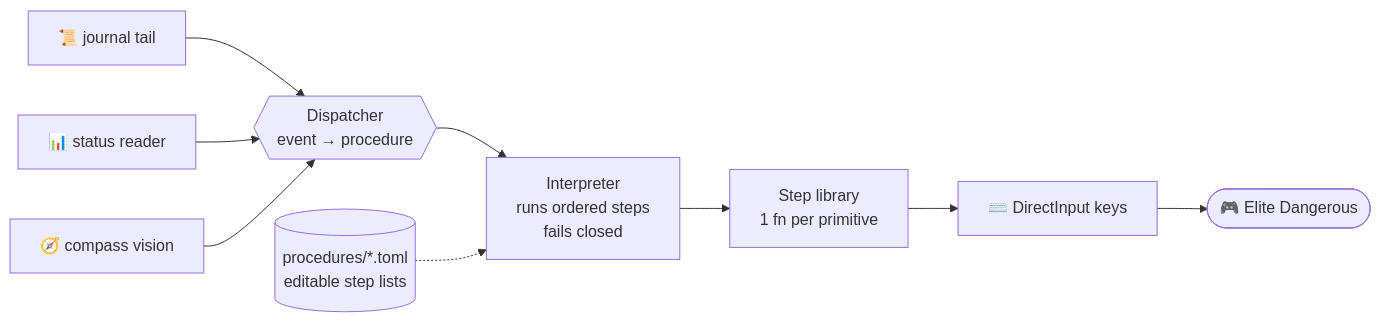
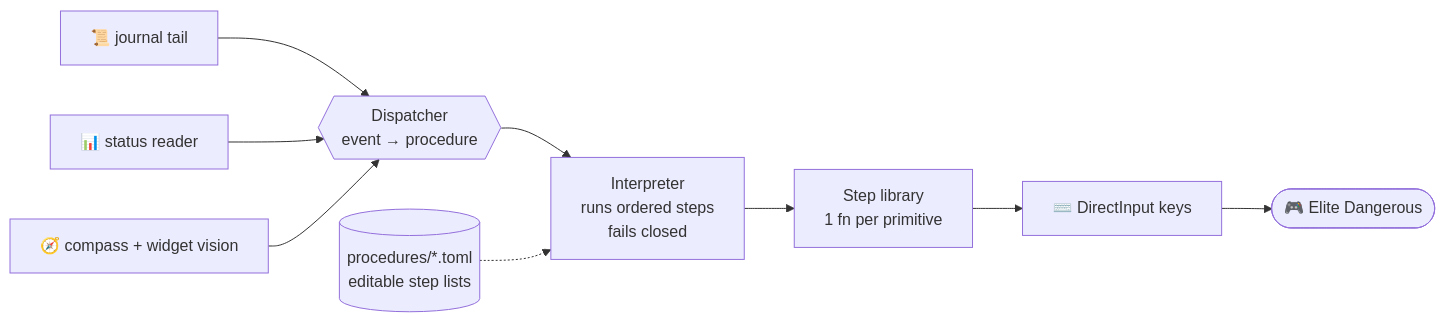
One commit to Quadstronaut/ED-AFK changed the diagram in README.md. Above: the diagram before and after it, drawn with Mermaid. The commit also changed other lines of this file and 1 other file, not shown here.

````diff
--- a/README.md
+++ b/README.md
@@ -45,10 +87,10 @@
 ```mermaid
 flowchart LR
     J[📜 journal tail] --> D
     S[📊 status reader] --> D
-    C[🧭 compass vision] --> D
+    C[🧭 compass + widget vision] --> D
     D{{Dispatcher\nevent → procedure}} --> I
     I[Interpreter\nruns ordered steps\nfails closed] --> L[Step library\n1 fn per primitive]
     L --> K[⌨️ DirectInput keys] --> G([🎮 Elite Dangerous])
     P[(procedures/*.toml\neditable step lists)] -.-> I
 ```
````
